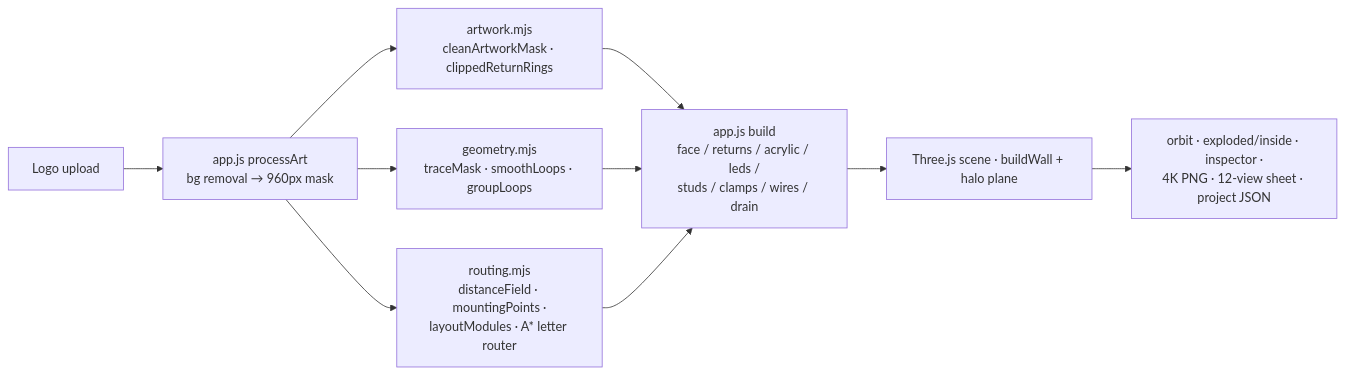
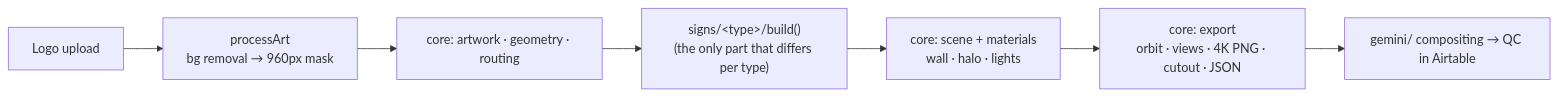
One commit to SpaceMonkeyy01/design-studio changed the diagram in CLAUDE.md. Above: the diagram before and after it, drawn with Mermaid. The commit also changed other lines of this file and 2 other files, not shown here.

````diff
--- a/CLAUDE.md
+++ b/CLAUDE.md
@@ -21,10 +48,9 @@
 ```mermaid
 flowchart LR
-  U[Logo upload] --> P[app.js processArt<br/>bg removal → 960px mask]
-  P --> AW[artwork.mjs<br/>cleanArtworkMask · clippedReturnRings]
-  P --> GE[geometry.mjs<br/>traceMask · smoothLoops · groupLoops]
-  P --> RO[routing.mjs<br/>distanceField · mountingPoints ·<br/>layoutModules · A* letter router]
-  AW & GE & RO --> B[app.js build<br/>face / returns / acrylic / leds /<br/>studs / clamps / wires / drain]
-  B --> R[Three.js scene · buildWall + halo plane]
-  R --> O[orbit · exploded/inside · inspector ·<br/>4K PNG · 12-view sheet · project JSON]
+  U[Logo upload] --> P[processArt<br/>bg removal → 960px mask]
+  P --> C[core: artwork · geometry · routing]
+  C --> S["signs/&lt;type&gt;/build()<br/>(the only part that differs per type)"]
+  S --> R[core: scene + materials<br/>wall · halo · lights]
+  R --> O[core: export<br/>orbit · views · 4K PNG · cutout · JSON]
+  O --> G[gemini/ compositing → QC in Airtable]
 ```
````
